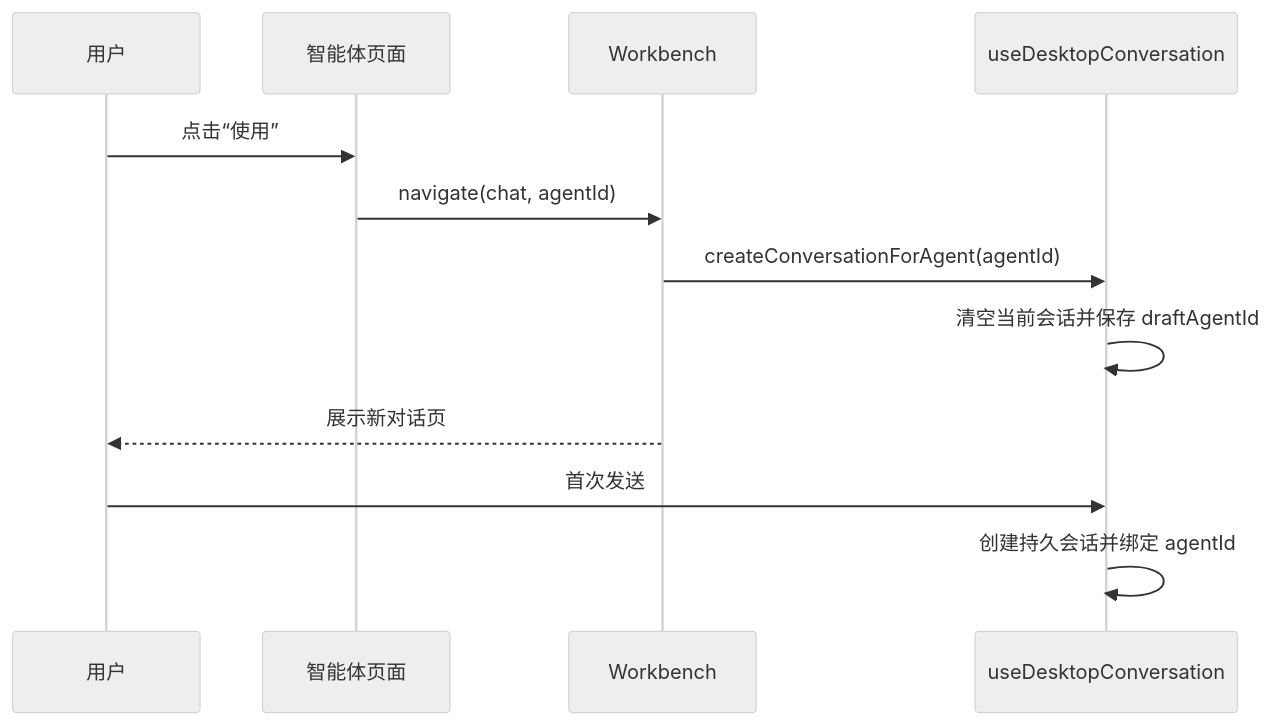
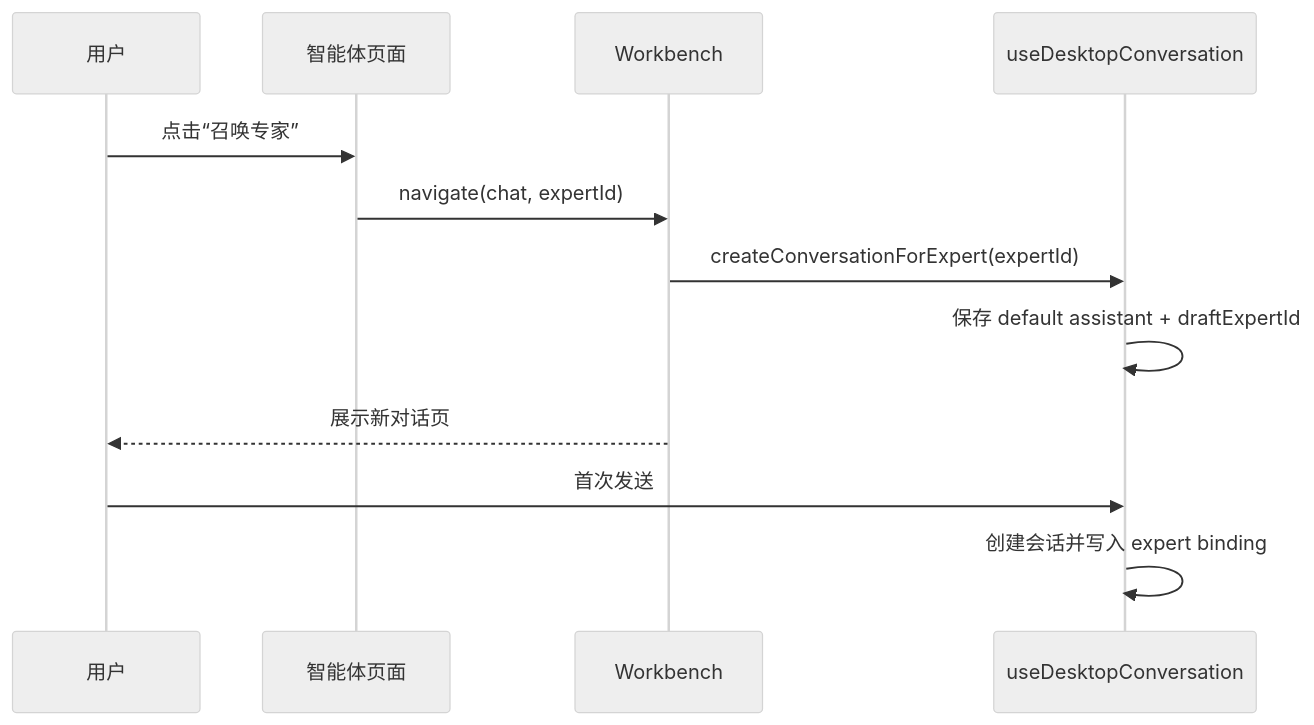
One commit to Hry1729/Fox-Agent changed the second of 2 diagrams in docs/03-产品与前端/智能体体验.md. Above: the diagram before and after it, drawn with Mermaid (neutral theme). The commit also changed other lines of this file and 1702 other files, not shown here.

````diff
--- a/docs/03-产品与前端/智能体体验.md
+++ b/docs/03-产品与前端/智能体体验.md
@@ -105,15 +107,15 @@
 ```mermaid
 sequenceDiagram
   participant User as 用户
   participant List as 智能体页面
   participant Workbench as Workbench
   participant Conversation as useDesktopConversation
 
-  User->>List: 点击“使用”
-  List->>Workbench: navigate(chat, agentId)
-  Workbench->>Conversation: createConversationForAgent(agentId)
-  Conversation->>Conversation: 清空当前会话并保存 draftAgentId
+  User->>List: 点击“召唤专家”
+  List->>Workbench: navigate(chat, expertId)
+  Workbench->>Conversation: createConversationForExpert(expertId)
+  Conversation->>Conversation: 保存 default assistant + draftExpertId
   Workbench-->>User: 展示新对话页
   User->>Conversation: 首次发送
-  Conversation->>Conversation: 创建持久会话并绑定 agentId
+  Conversation->>Conversation: 创建会话并写入 expert binding
 ```
````
